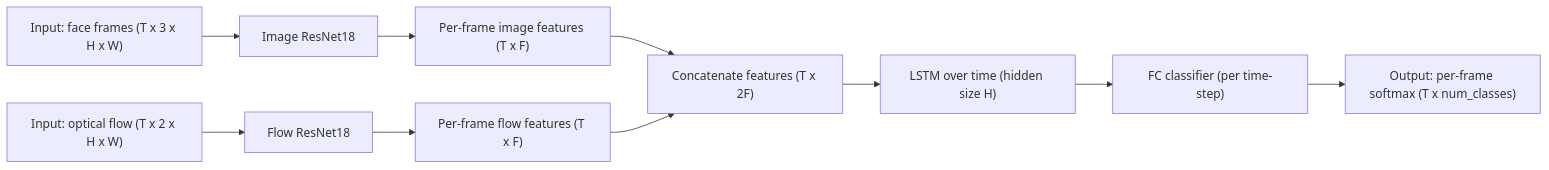
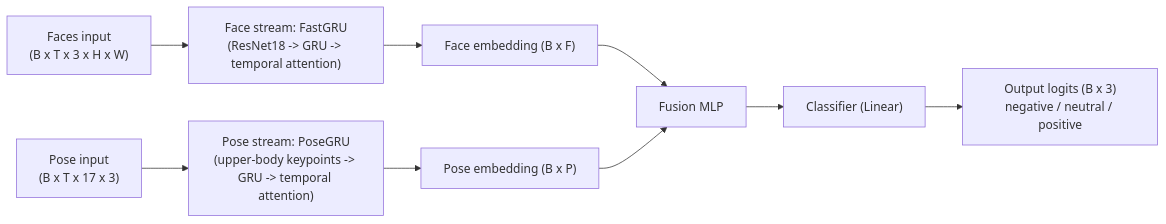
The first of 2 diagrams in README.md (MeasureZer0/cspan_congressionalrhetoric_video), drawn with Mermaid before and after one commit. The commit also changed other lines of this file and 2 other files, not shown here.

````diff
--- a/README.md
+++ b/README.md
@@ -9,12 +11,14 @@
 ```mermaid
 flowchart LR
-  A["Input: face frames (T x 3 x H x W)"] --> B[Image ResNet18]
-  C["Input: optical flow (T x 2 x H x W)"] --> D[Flow ResNet18]
-  B --> E["Per-frame image features (T x F)"]
-  D --> F["Per-frame flow features (T x F)"]
-  E --> G["Concatenate features (T x 2F)"]
+  A["Faces input<br/>(B x T x 3 x H x W)"] --> B["Face stream: FastGRU<br/>(ResNet18 -> GRU -> temporal attention)"]
+  C["Pose input<br/>(B x T x 17 x 3)"] --> D["Pose stream: PoseGRU<br/>(upper-body keypoints -> GRU -> temporal attention)"]
+
+  B --> E["Face embedding (B x F)"]
+  D --> F["Pose embedding (B x P)"]
+
+  E --> G["Fusion MLP"]
   F --> G
-  G --> H["LSTM over time (hidden size H)"]
-  H --> I["FC classifier (per time-step)"]
-  I --> J["Output: per-frame softmax (T x num_classes)"]
+
+  G --> H["Classifier (Linear)"]
+  H --> I["Output logits (B x 3)<br/>negative / neutral / positive"]
 ```
````
